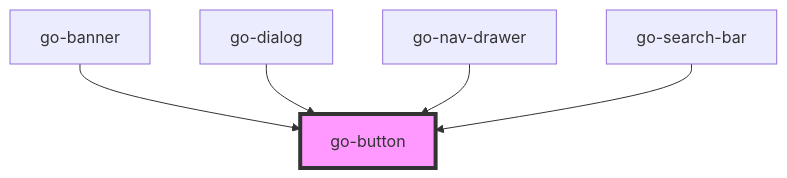
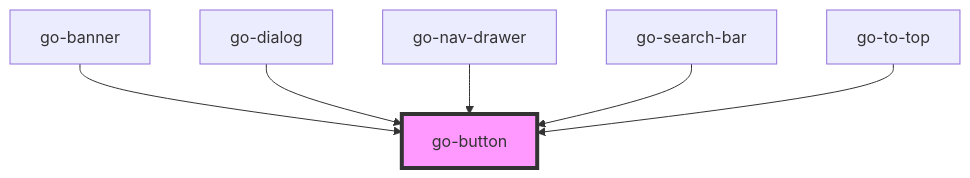
Before and after one commit to getgoui/go-ui: the diagram in src/components/go-button/readme.md, drawn with Mermaid. The commit also changed other lines of this file and 9 other files, not shown here.

````diff
--- a/src/components/go-button/readme.md
+++ b/src/components/go-button/readme.md
@@ -49,8 +52,9 @@
 ```mermaid
 graph TD;
   go-banner --> go-button
   go-dialog --> go-button
   go-nav-drawer --> go-button
   go-search-bar --> go-button
+  go-to-top --> go-button
   style go-button fill:#f9f,stroke:#333,stroke-width:4px
 ```
````
